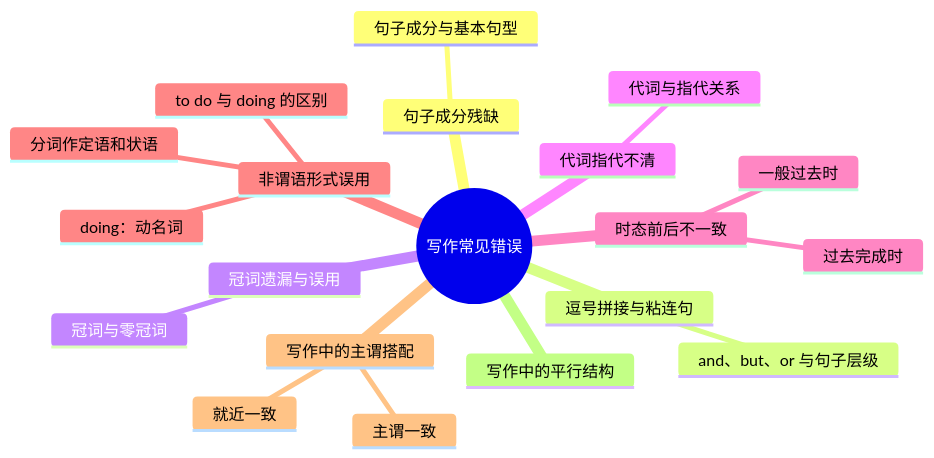
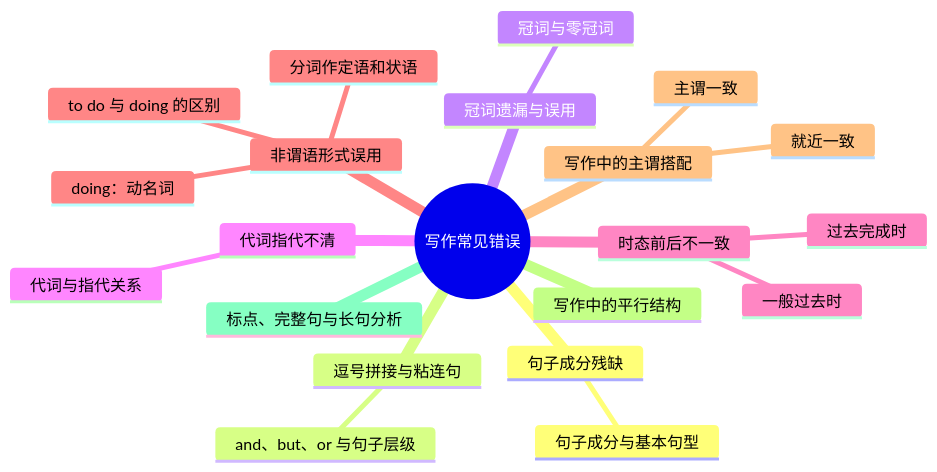
Before and after one commit to FitzLeewenlei/grammar: diagram 11 of 11 in grammar-mindmaps.md, drawn with Mermaid. The commit also changed other lines of this file and 15 other files, not shown here.

````diff
--- a/grammar-mindmaps.md
+++ b/grammar-mindmaps.md
@@ -168,23 +200,24 @@
 ```mermaid
 mindmap
   root((写作常见错误))
     句子成分残缺
       句子成分与基本句型
     逗号拼接与粘连句
       and、but、or 与句子层级
     冠词遗漏与误用
       冠词与零冠词
     代词指代不清
       代词与指代关系
     时态前后不一致
       一般过去时
       过去完成时
     非谓语形式误用
       to do 与 doing 的区别
       doing：动名词
       分词作定语和状语
     写作中的主谓搭配
       主谓一致
       就近一致
     写作中的平行结构
+    标点、完整句与长句分析
 ```
````
